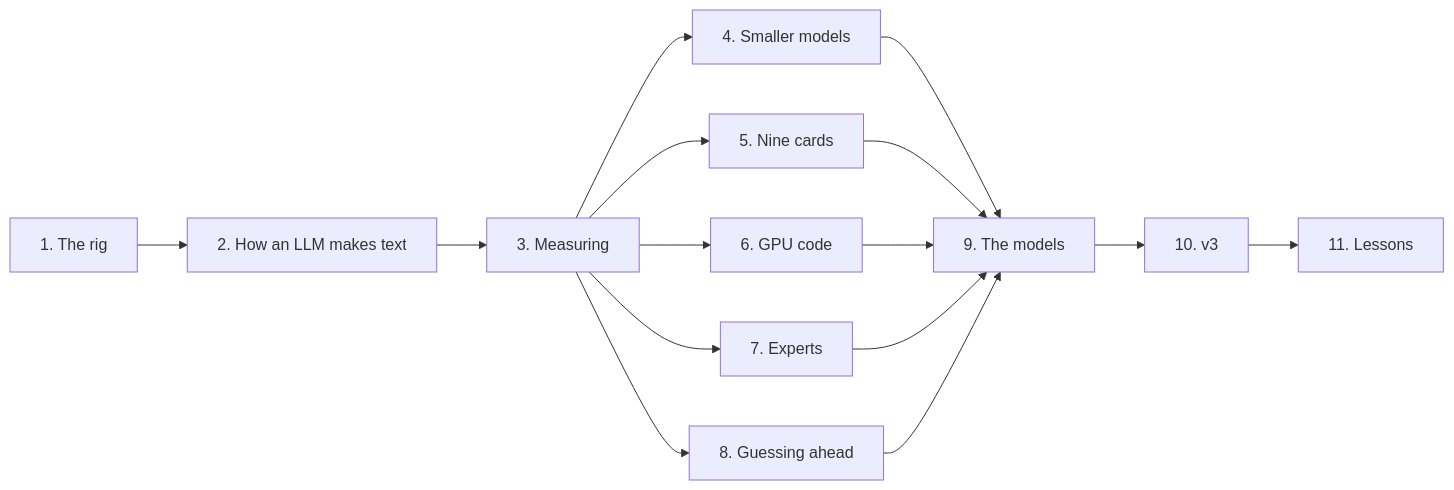
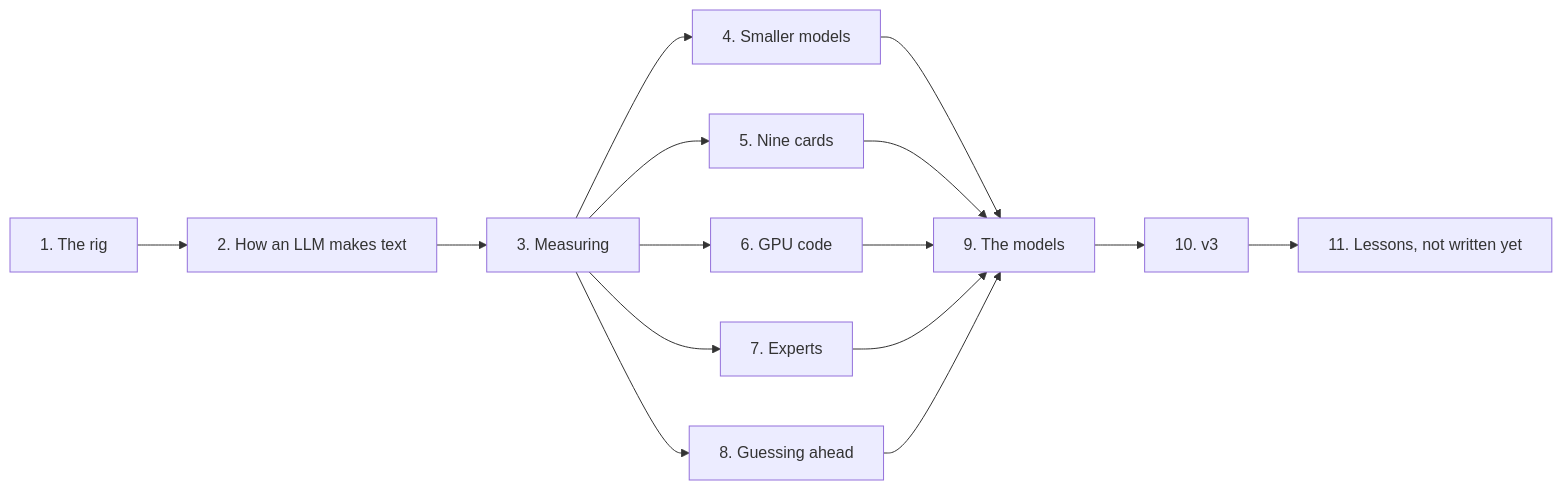
The diagram in docs/book/00-preface.md (Cinderella-Man/llms-on-crypto-mining-rigs), drawn with Mermaid before and after one commit. The commit also changed other lines of this file and 7 other files, not shown here.

````diff
--- a/docs/book/00-preface.md
+++ b/docs/book/00-preface.md
@@ -118,10 +121,10 @@
 ```mermaid
 flowchart LR
     A[1. The rig] --> B[2. How an LLM makes text] --> C[3. Measuring]
     C --> D[4. Smaller models]
     C --> E[5. Nine cards]
     C --> F[6. GPU code]
     C --> G[7. Experts]
     C --> H[8. Guessing ahead]
-    D & E & F & G & H --> I[9. The models] --> K[10. v3] --> J[11. Lessons]
+    D & E & F & G & H --> I[9. The models] --> K[10. v3] --> J[11. Lessons, not written yet]
 ```
````
